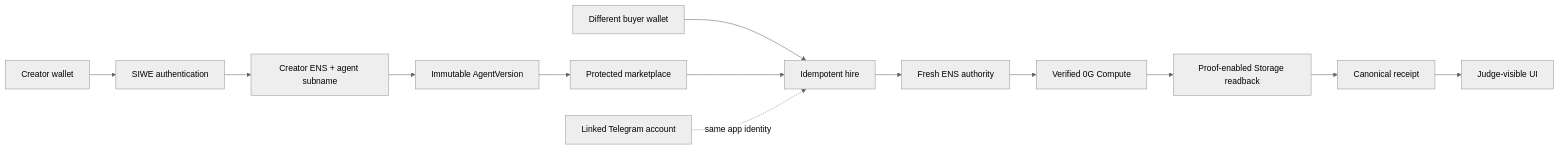
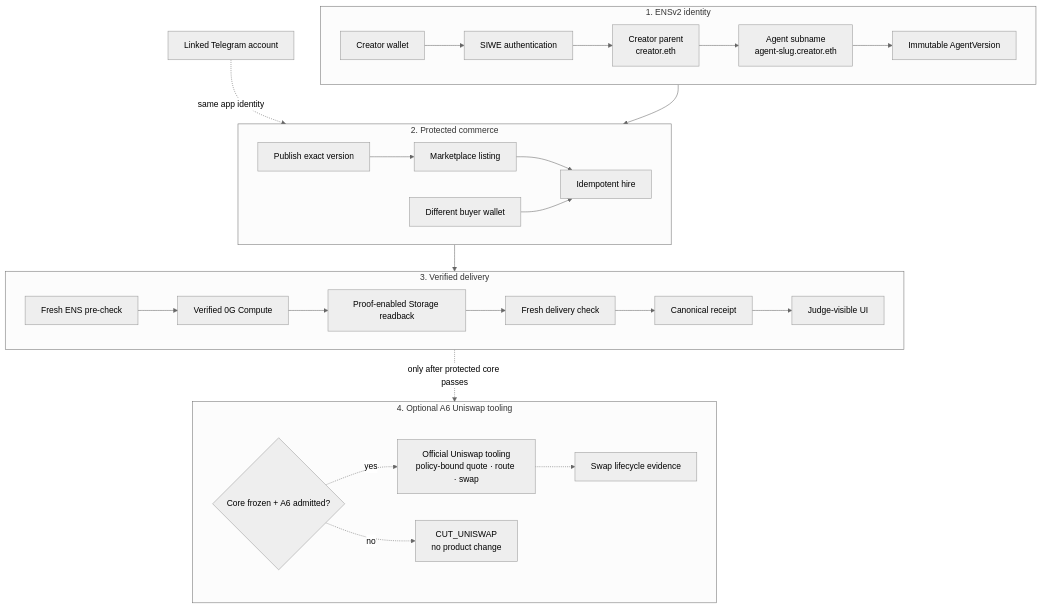
The diagram in README.md (elbarroca/ETH_Global_Cannes_2026), drawn with Mermaid (neutral theme) before and after one commit. The commit also changed other lines of this file and 2 other files, not shown here.

Commit message:
docs: restore provable readme architecture

````diff
--- a/README.md
+++ b/README.md
@@ -20,15 +47,40 @@
 ```mermaid
-flowchart LR
-    Creator["Creator wallet"] --> SIWE["SIWE authentication"]
-    SIWE --> ENS["Creator ENS + agent subname"]
-    ENS --> Version["Immutable AgentVersion"]
-    Version --> Market["Protected marketplace"]
-    Buyer["Different buyer wallet"] --> Hire["Idempotent hire"]
-    Market --> Hire
-    Hire --> Fresh["Fresh ENS authority"]
-    Fresh --> Compute["Verified 0G Compute"]
-    Compute --> Storage["Proof-enabled Storage readback"]
-    Storage --> Receipt["Canonical receipt"]
-    Receipt --> UI["Judge-visible UI"]
+flowchart TB
+    subgraph Identity["1. ENSv2 identity"]
+        direction LR
+        Creator["Creator wallet"] --> SIWE["SIWE authentication"]
+        SIWE --> Parent["Creator parent<br/>creator.eth"]
+        Parent --> Agent["Agent subname<br/>agent-slug.creator.eth"]
+        Agent --> Version["Immutable AgentVersion"]
+    end
+
+    subgraph Commerce["2. Protected commerce"]
+        direction LR
+        Publish["Publish exact version"] --> Market["Marketplace listing"]
+        Market --> Hire["Idempotent hire"]
+        Buyer["Different buyer wallet"] --> Hire
+    end
+
+    subgraph Delivery["3. Verified delivery"]
+        direction LR
+        PreENS["Fresh ENS pre-check"] --> Compute["Verified 0G Compute"]
+        Compute --> Storage["Proof-enabled Storage readback"]
+        Storage --> PostENS["Fresh delivery check"]
+        PostENS --> Receipt["Canonical receipt"]
+        Receipt --> UI["Judge-visible UI"]
+    end
+
+    Version --> Publish
+    Hire --> PreENS
     Telegram["Linked Telegram account"] -. "same app identity" .-> Hire
+
+    subgraph Optional["4. Optional A6 Uniswap tooling"]
+        direction LR
+        Gate{"Core frozen + A6 admitted?"}
+        Gate -. "yes" .-> Swap["Official Uniswap tooling<br/>policy-bound quote · route · swap"]
+        Swap -.-> SwapProof["Swap lifecycle evidence"]
+        Gate -. "no" .-> Cut["CUT_UNISWAP<br/>no product change"]
+    end
+
+    Receipt -. "only after protected core passes" .-> Gate
 ```
````
